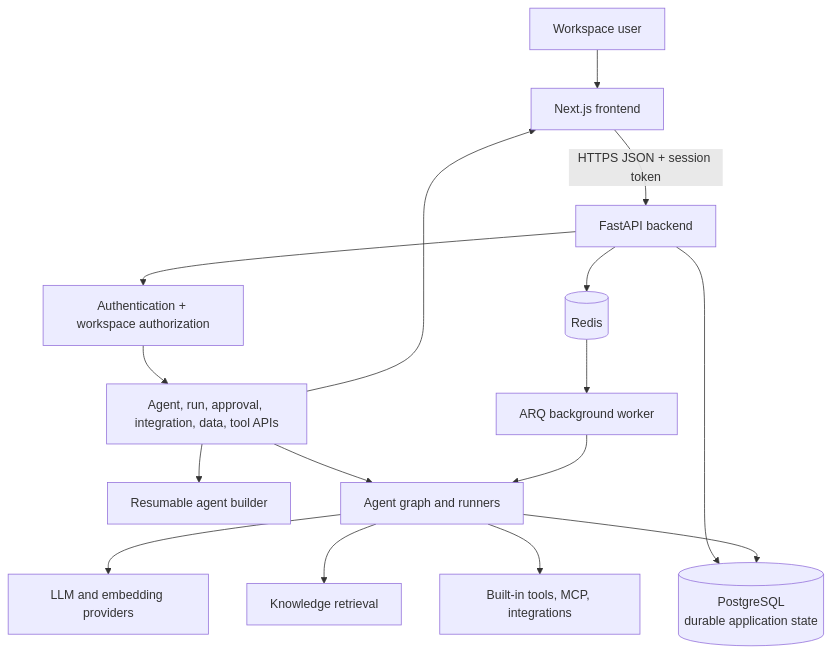
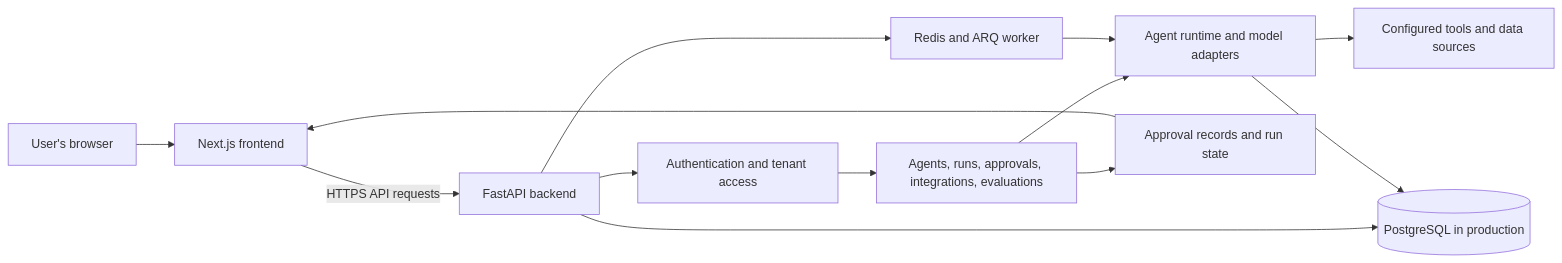
One commit to Operon-Operation-Platform/frontend changed the diagram in README.md. Above: the diagram before and after it, drawn with Mermaid. The commit also changed other lines of this file and 180 other files, not shown here.

````diff
--- a/README.md
+++ b/README.md
@@ -9,18 +7,15 @@
 ```mermaid
-flowchart TB
-    User[Workspace user] --> Web[Next.js frontend]
-    Web -->|HTTPS JSON + session token| API[FastAPI backend]
-    API --> Auth[Authentication + workspace authorization]
-    Auth --> Routes[Agent, run, approval, integration, data, tool APIs]
-    Routes --> Builder[Resumable agent builder]
-    Routes --> Runtime[Agent graph and runners]
-    Runtime --> Models[LLM and embedding providers]
-    Runtime --> RAG[Knowledge retrieval]
-    Runtime --> Tools[Built-in tools, MCP, integrations]
-    API --> DB[(PostgreSQL<br/>durable application state)]
-    Runtime --> DB
-    API --> Redis[(Redis)]
-    Redis --> Worker[ARQ background worker]
-    Worker --> Runtime
-    Routes --> Web
+flowchart LR
+    User[User's browser] --> Web[Next.js frontend]
+    Web -->|HTTPS API requests| API[FastAPI backend]
+    API --> Auth[Authentication and tenant access]
+    Auth --> Routes[Agents, runs, approvals, integrations, evaluations]
+    Routes --> Agent[Agent runtime and model adapters]
+    Agent --> Tools[Configured tools and data sources]
+    API --> DB[(PostgreSQL in production)]
+    API --> Queue[Redis and ARQ worker]
+    Queue --> Agent
+    Agent --> DB
+    Routes --> Approval[Approval records and run state]
+    Approval --> Web
 ```
````
